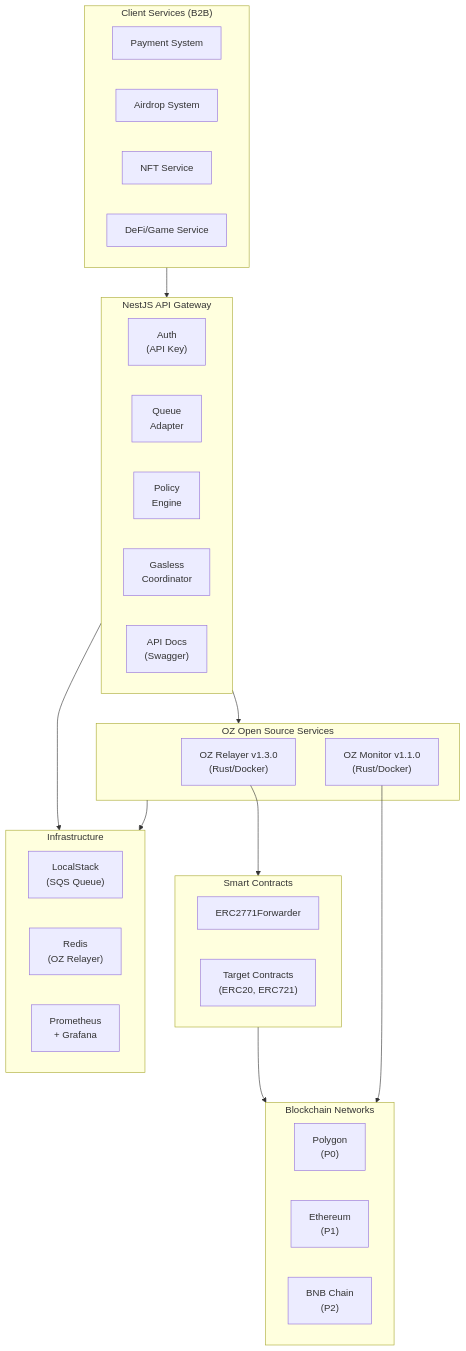
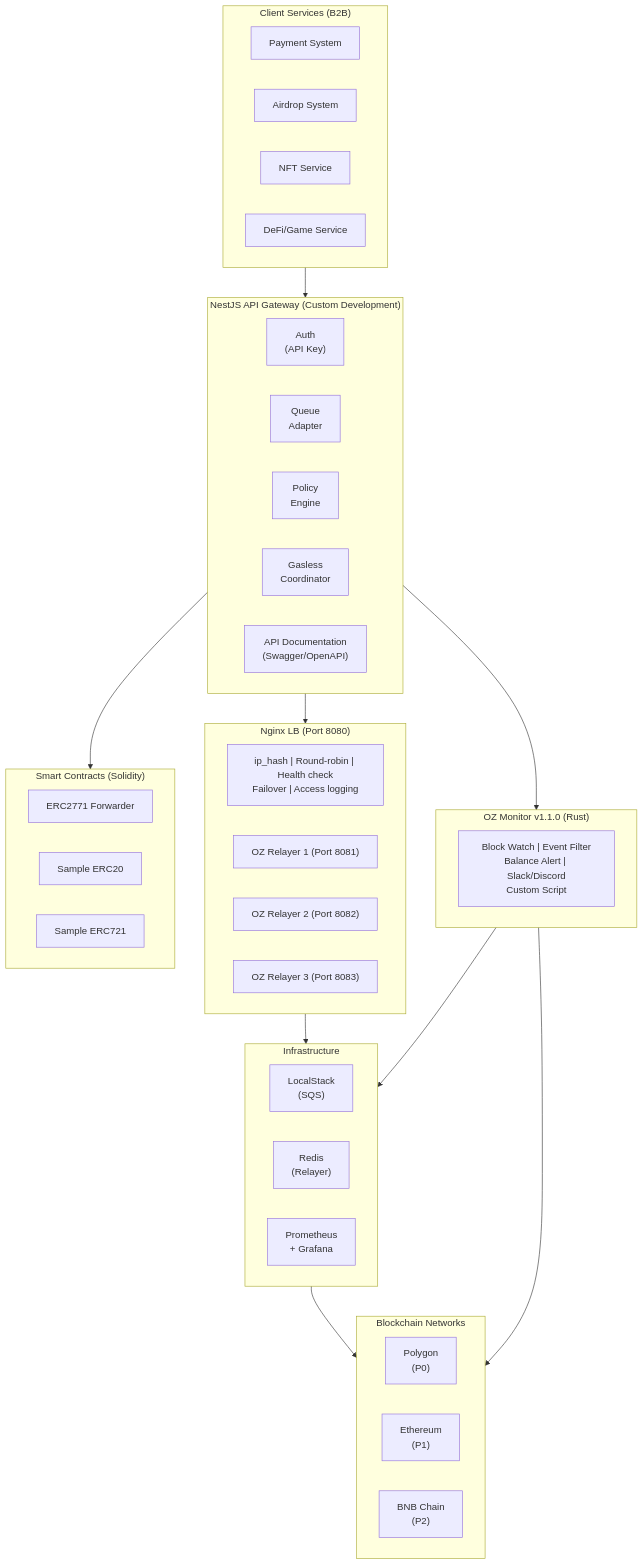
One commit to globalmsq/solo-relayer-service changed the first of 8 diagrams in docs/structure.md. Above: the diagram before and after it, drawn with Mermaid. The commit also changed other lines of this file and 6 other files, not shown here.

First line of the commit message:
docs: convert 32 ASCII art diagrams to Mermaid across 7 files

````diff
--- a/docs/structure.md
+++ b/docs/structure.md
@@ -107,47 +36,55 @@
 ```mermaid
 flowchart TB
     subgraph Clients["Client Services (B2B)"]
         Payment["Payment System"]
         Airdrop["Airdrop System"]
         NFTService["NFT Service"]
         DeFi["DeFi/Game Service"]
     end
 
-    subgraph Gateway["NestJS API Gateway"]
+    subgraph Gateway["NestJS API Gateway (Custom Development)"]
         Auth["Auth\n(API Key)"]
         QueueAdapter["Queue\nAdapter"]
         Policy["Policy\nEngine"]
         GaslessCoord["Gasless\nCoordinator"]
-        APIDocs["API Docs\n(Swagger)"]
+        APIDocs["API Documentation\n(Swagger/OpenAPI)"]
     end
 
-    subgraph OZServices["OZ Open Source Services"]
-        Relayer["OZ Relayer v1.3.0\n(Rust/Docker)"]
-        Monitor["OZ Monitor v1.1.0\n(Rust/Docker)"]
+    subgraph NginxLB["Nginx LB (Port 8080)"]
+        LBInfo["ip_hash | Round-robin | Health check\nFailover | Access logging"]
+        R1["OZ Relayer 1 (Port 8081)"]
+        R2["OZ Relayer 2 (Port 8082)"]
+        R3["OZ Relayer 3 (Port 8083)"]
     end
 
-    subgraph SmartContracts["Smart Contracts"]
-        Forwarder["ERC2771Forwarder"]
-        Target["Target Contracts\n(ERC20, ERC721)"]
+    subgraph Monitor["OZ Monitor v1.1.0 (Rust)"]
+        MonFeatures["Block Watch | Event Filter\nBalance Alert | Slack/Discord\nCustom Script"]
+    end
+
+    subgraph SmartContracts["Smart Contracts (Solidity)"]
+        Forwarder["ERC2771 Forwarder"]
+        SampleERC20["Sample ERC20"]
+        SampleERC721["Sample ERC721"]
     end
 
     subgraph Infra["Infrastructure"]
-        LocalStack["LocalStack\n(SQS Queue)"]
-        Redis["Redis\n(OZ Relayer)"]
+        LocalStack["LocalStack\n(SQS)"]
+        Redis["Redis\n(Relayer)"]
         Prometheus["Prometheus\n+ Grafana"]
     end
 
     subgraph Blockchain["Blockchain Networks"]
         Polygon["Polygon\n(P0)"]
         Ethereum["Ethereum\n(P1)"]
         BNB["BNB Chain\n(P2)"]
     end
 
     Clients --> Gateway
-    Gateway --> OZServices
-    Relayer --> SmartContracts
-    SmartContracts --> Blockchain
-    OZServices --> Infra
-    Gateway --> Infra
+    Gateway --> NginxLB
+    Gateway --> Monitor
+    Gateway --> SmartContracts
+    NginxLB --> Infra
+    Monitor --> Infra
+    Infra --> Blockchain
     Monitor --> Blockchain
 ```
````
